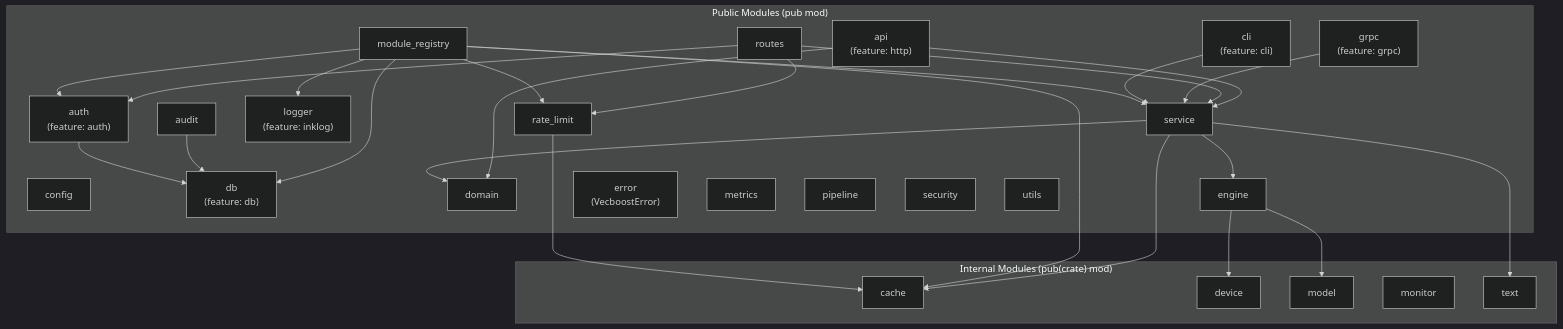
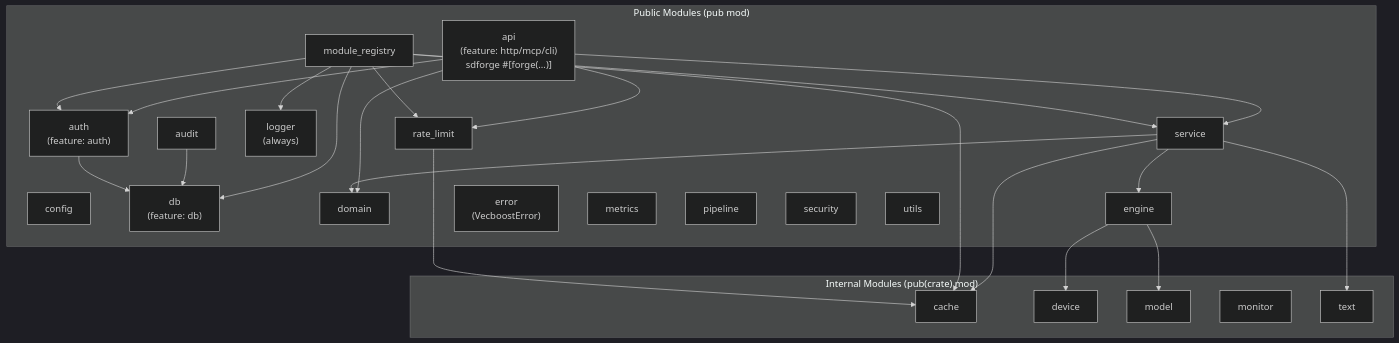
One commit to Kirky-X/vecboost changed the third of 7 diagrams in docs/ARCHITECTURE.md. Above: the diagram before and after it, drawn with Mermaid (dark theme). The commit also changed other lines of this file and 5 other files, not shown here.

````diff
--- a/docs/ARCHITECTURE.md
+++ b/docs/ARCHITECTURE.md
@@ -118,55 +118,49 @@
 ```mermaid
 graph TB
     subgraph Public["Public Modules (pub mod)"]
-        api["api<br/>(feature: http)"]
+        api["api<br/>(feature: http/mcp/cli)<br/>sdforge #[forge(...)]"]
         audit["audit"]
         auth["auth<br/>(feature: auth)"]
-        cli["cli<br/>(feature: cli)"]
         config["config"]
         db["db<br/>(feature: db)"]
         domain["domain"]
         engine["engine"]
         error["error<br/>(VecboostError)"]
-        grpc["grpc<br/>(feature: grpc)"]
-        logger["logger<br/>(feature: inklog)"]
+        logger["logger<br/>(always)"]
         metrics["metrics"]
         module_registry["module_registry"]
         pipeline["pipeline"]
         rate_limit["rate_limit"]
-        routes["routes"]
         security["security"]
         service["service"]
         utils["utils"]
     end
 
     subgraph Internal["Internal Modules (pub(crate) mod)"]
         cache["cache"]
         device["device"]
         model["model"]
         monitor["monitor"]
         text["text"]
     end
 
     api --> service
     api --> domain
-    routes --> service
-    routes --> auth
-    routes --> rate_limit
-    grpc --> service
-    cli --> service
+    api --> auth
+    api --> rate_limit
     service --> engine
     service --> cache
     service --> text
     service --> domain
     engine --> model
     engine --> device
     module_registry --> service
     module_registry --> auth
     module_registry --> rate_limit
     module_registry --> cache
     module_registry --> db
     module_registry --> logger
     audit --> db
     auth --> db
     rate_limit --> cache
 ```
````
